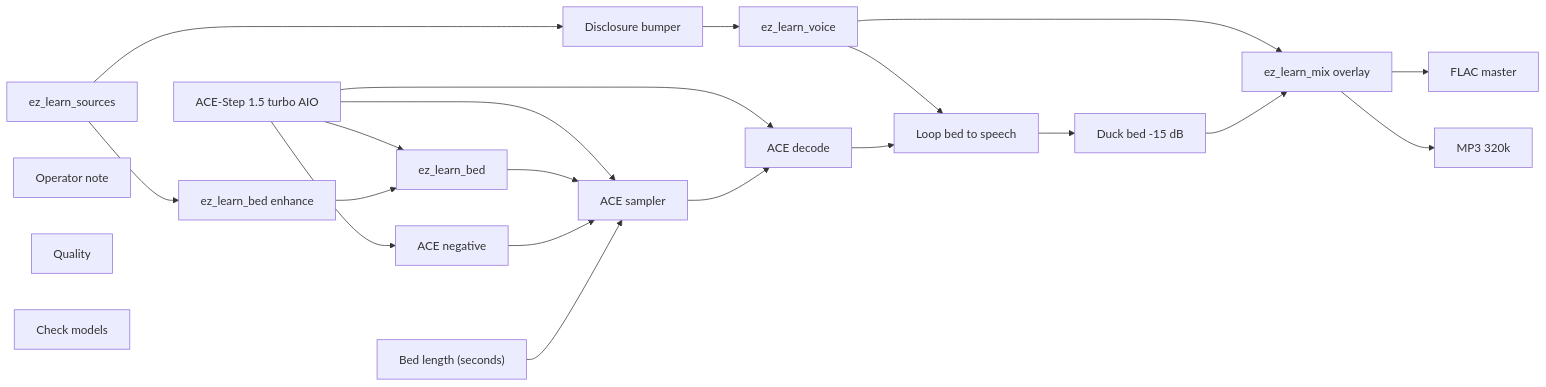
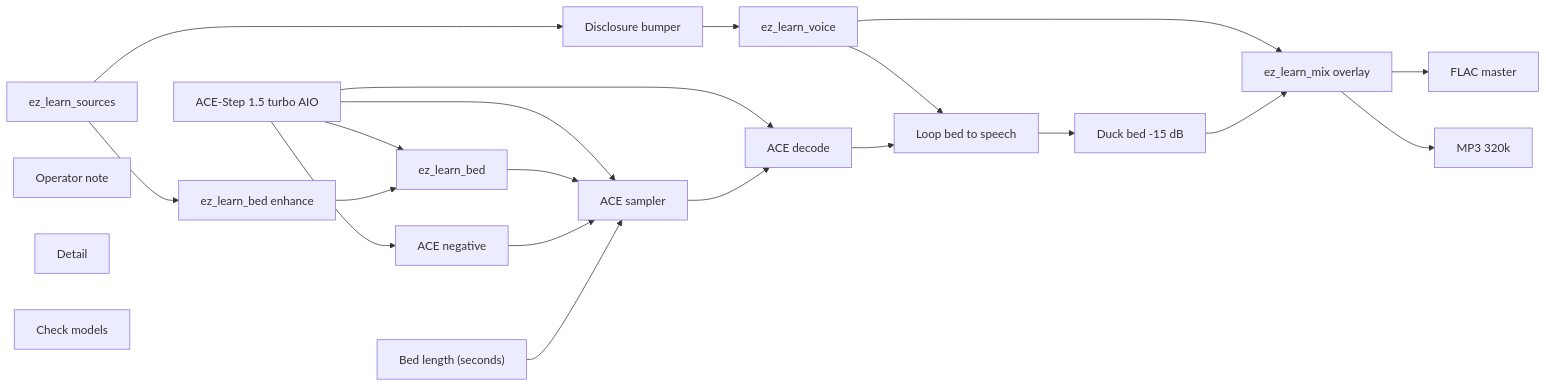
Before and after one commit to toxicoder/ez-comfy-stack: the diagram in docs/generated/workflows/audio/podcast/learn-episode.md, drawn with Mermaid. The commit also changed other lines of this file and 881 other files, not shown here.

````diff
--- a/docs/generated/workflows/audio/podcast/learn-episode.md
+++ b/docs/generated/workflows/audio/podcast/learn-episode.md
@@ -59,40 +59,40 @@
 ```mermaid
 flowchart LR
   N1["ACE-Step 1.5 turbo AIO"]
   N2["ez_learn_sources"]
   N3["Disclosure bumper"]
   N4["ez_learn_voice"]
   N5["ez_learn_bed"]
   N6["ACE negative"]
   N7["Bed length (seconds)"]
   N8["ACE sampler"]
   N9["ACE decode"]
   N10["Loop bed to speech"]
   N11["Duck bed -15 dB"]
   N12["ez_learn_mix overlay"]
   N13["FLAC master"]
   N14["MP3 320k"]
   N15["Operator note"]
   N16["ez_learn_bed enhance"]
-  N17["Quality"]
+  N17["Detail"]
   N18["Check models"]
   N1 --> N8
   N1 --> N5
   N1 --> N6
   N1 --> N9
   N2 --> N16
   N2 --> N3
   N3 --> N4
   N4 --> N10
   N4 --> N12
   N5 --> N8
   N6 --> N8
   N7 --> N8
   N8 --> N9
   N9 --> N10
   N10 --> N11
   N11 --> N12
   N12 --> N13
   N12 --> N14
   N16 --> N5
 ```
````
